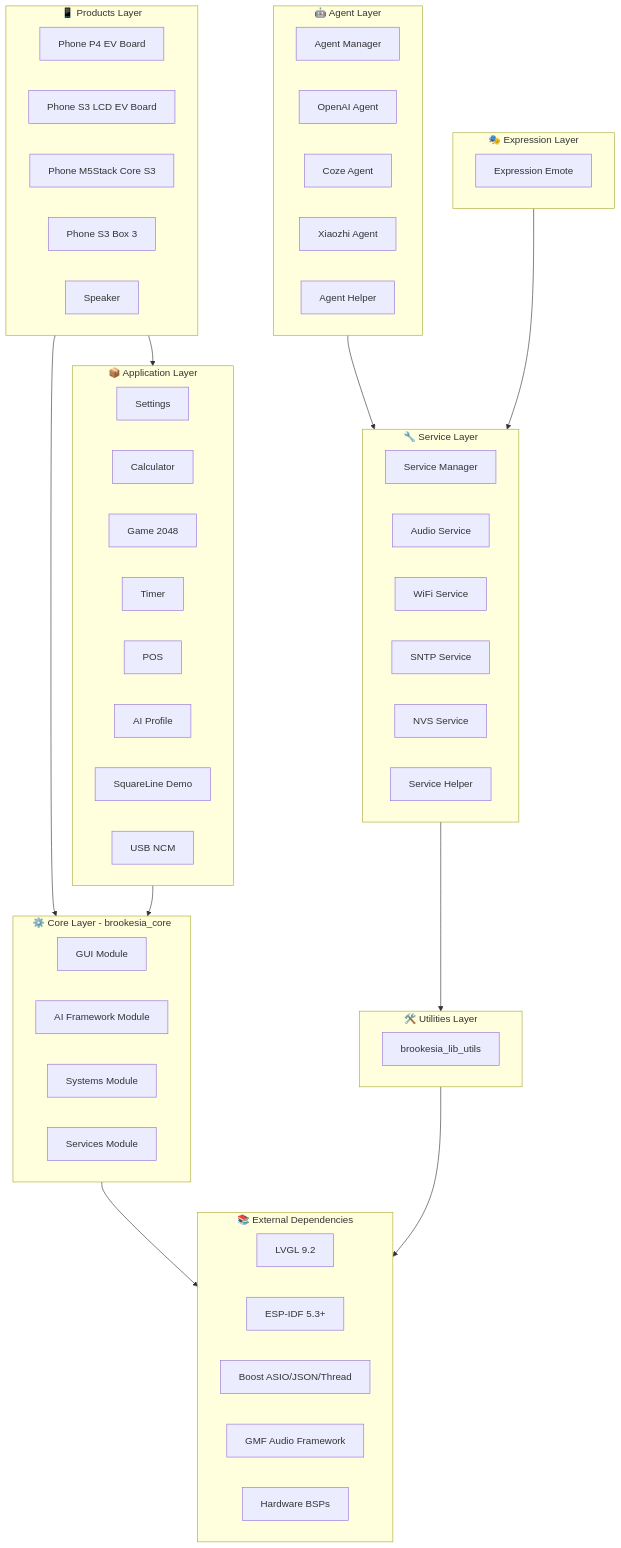
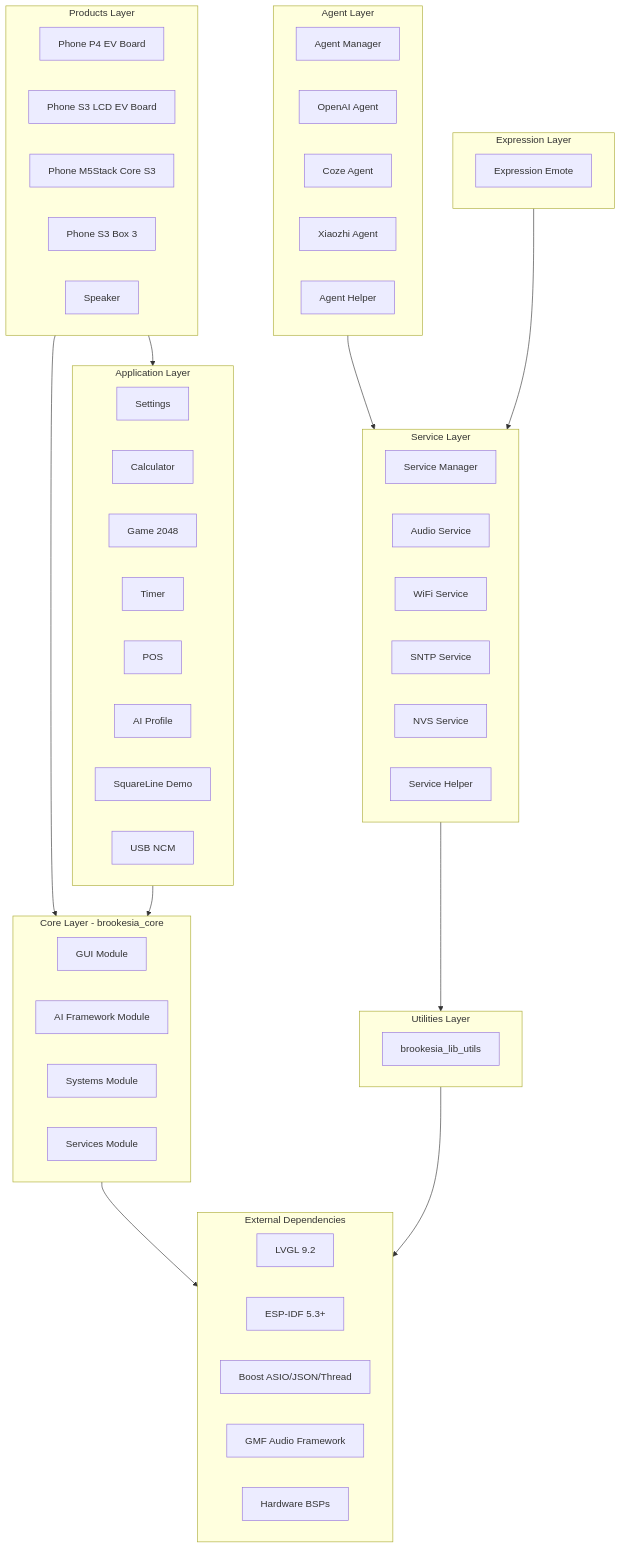
The first of 15 diagrams in docs/architecture.md (phamky1/esp-owlet), drawn with Mermaid before and after one commit. The commit also changed other lines of this file, not shown here.

Commit message:
Replace block-beta with standard graph TD and remove emojis from Mermaid diagrams for compatibility

````diff
--- a/docs/architecture.md
+++ b/docs/architecture.md
@@ -34,70 +34,70 @@
 ```mermaid
 graph TB
-    subgraph Products["📱 Products Layer"]
+    subgraph Products["Products Layer"]
         P1[Phone P4 EV Board]
         P2[Phone S3 LCD EV Board]
         P3[Phone M5Stack Core S3]
         P4[Phone S3 Box 3]
         P5[Speaker]
     end
 
-    subgraph Apps["📦 Application Layer"]
+    subgraph Apps["Application Layer"]
         A1[Settings]
         A2[Calculator]
         A3[Game 2048]
         A4[Timer]
         A5[POS]
         A6[AI Profile]
         A7[SquareLine Demo]
         A8[USB NCM]
     end
 
-    subgraph Agents["🤖 Agent Layer"]
+    subgraph Agents["Agent Layer"]
         AG1[Agent Manager]
         AG2[OpenAI Agent]
         AG3[Coze Agent]
         AG4[Xiaozhi Agent]
         AG5[Agent Helper]
     end
 
-    subgraph Expression["🎭 Expression Layer"]
+    subgraph Expression["Expression Layer"]
         EX1[Expression Emote]
     end
 
-    subgraph Core["⚙️ Core Layer - brookesia_core"]
+    subgraph Core["Core Layer - brookesia_core"]
         C1[GUI Module]
         C2[AI Framework Module]
         C3[Systems Module]
         C4[Services Module]
     end
 
-    subgraph Services["🔧 Service Layer"]
+    subgraph Services["Service Layer"]
         S1[Service Manager]
         S2[Audio Service]
         S3[WiFi Service]
         S4[SNTP Service]
         S5[NVS Service]
         S6[Service Helper]
     end
 
-    subgraph Utils["🛠️ Utilities Layer"]
+    subgraph Utils["Utilities Layer"]
         U1[brookesia_lib_utils]
     end
 
-    subgraph External["📚 External Dependencies"]
+    subgraph External["External Dependencies"]
         E1[LVGL 9.2]
         E2[ESP-IDF 5.3+]
         E3[Boost ASIO/JSON/Thread]
         E4[GMF Audio Framework]
         E5[Hardware BSPs]
     end
 
     Products --> Apps
     Products --> Core
     Apps --> Core
     Agents --> Services
     Expression --> Services
     Core --> External
     Services --> Utils
     Utils --> External
 ```
````
